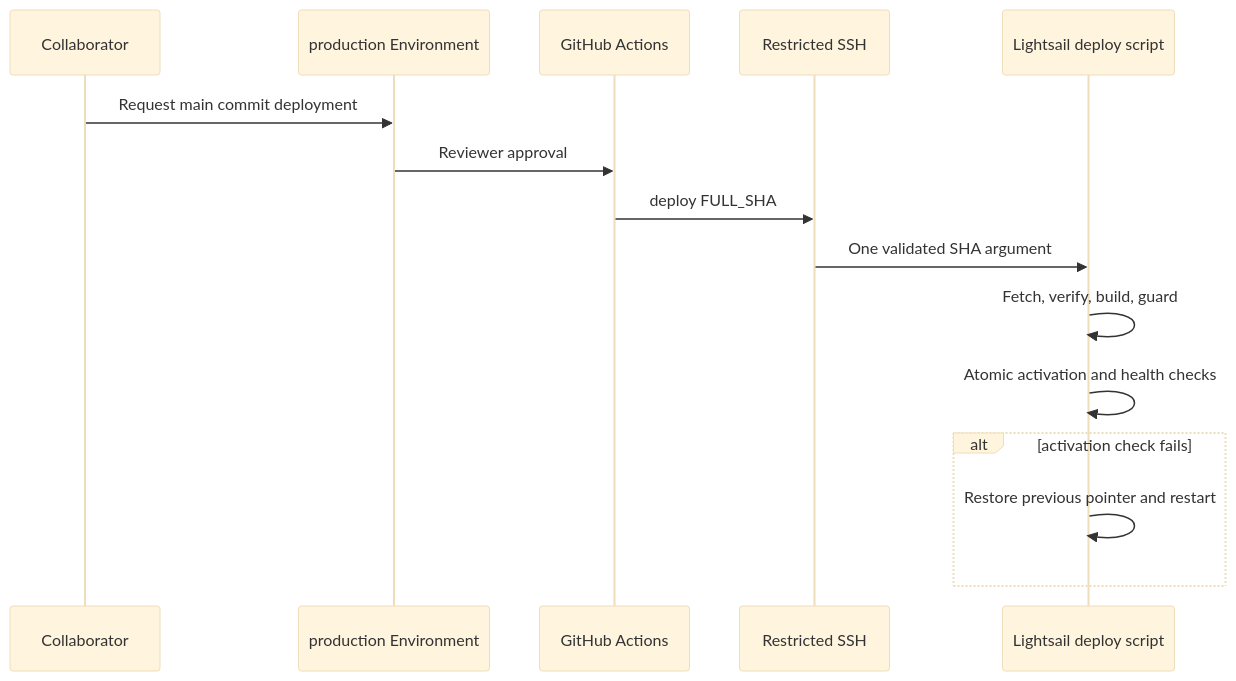
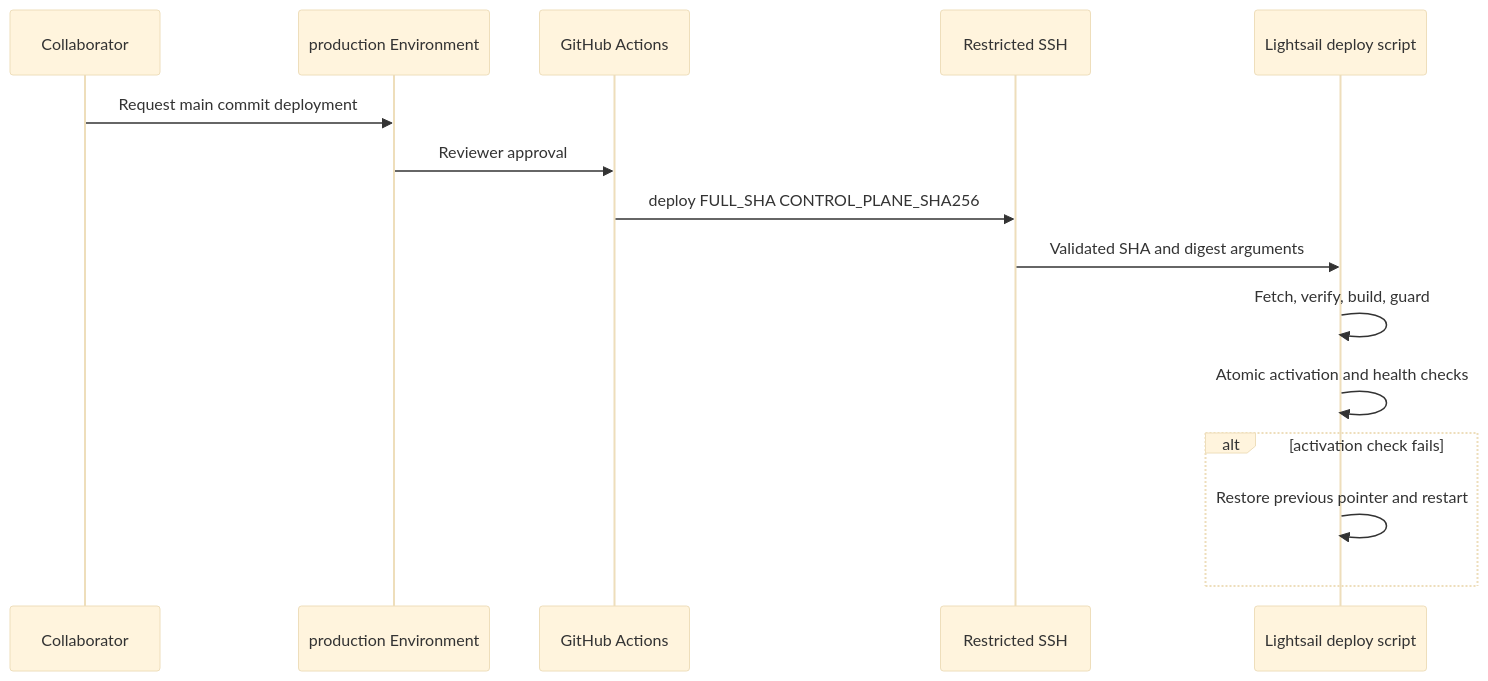
The first of 2 diagrams in docs/specs/lightsail-deploy-workflow.md (Unson-LLC/mana-runtime), drawn with Mermaid (base theme) before and after one commit. The commit also changed other lines of this file and 12 other files, not shown here.

````diff
--- a/docs/specs/lightsail-deploy-workflow.md
+++ b/docs/specs/lightsail-deploy-workflow.md
@@ -24,17 +24,17 @@
 ```mermaid
 sequenceDiagram
   participant U as Collaborator
   participant E as production Environment
   participant A as GitHub Actions
   participant S as Restricted SSH
   participant H as Lightsail deploy script
   U->>E: Request main commit deployment
   E->>A: Reviewer approval
-  A->>S: deploy FULL_SHA
-  S->>H: One validated SHA argument
+  A->>S: deploy FULL_SHA CONTROL_PLANE_SHA256
+  S->>H: Validated SHA and digest arguments
   H->>H: Fetch, verify, build, guard
   H->>H: Atomic activation and health checks
   alt activation check fails
     H->>H: Restore previous pointer and restart
   end
 ```
````
